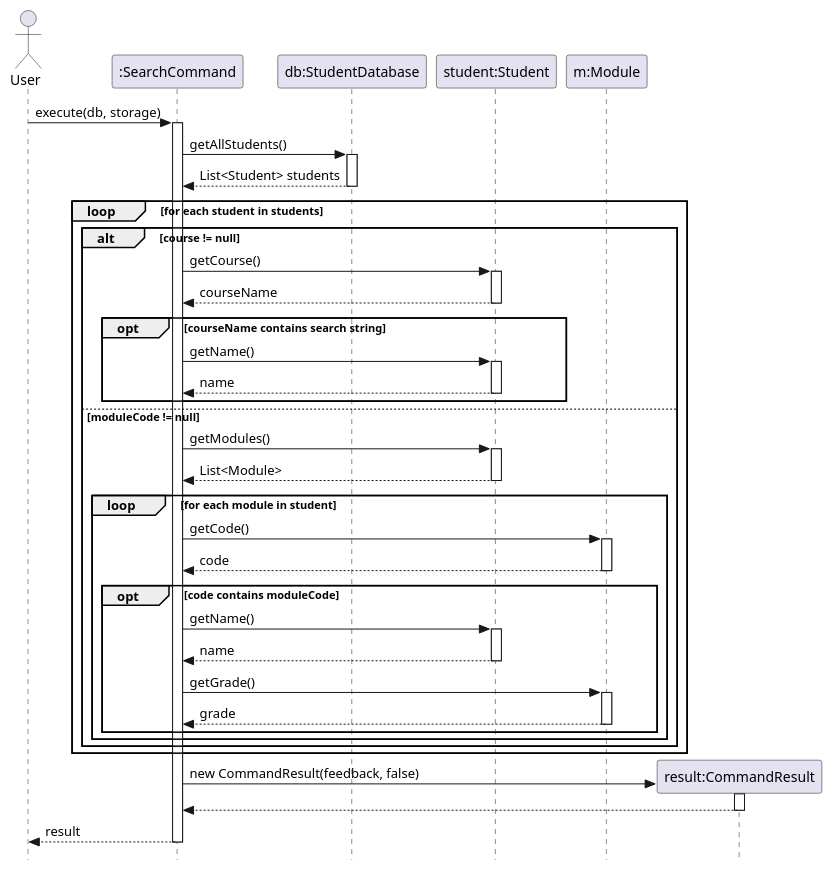
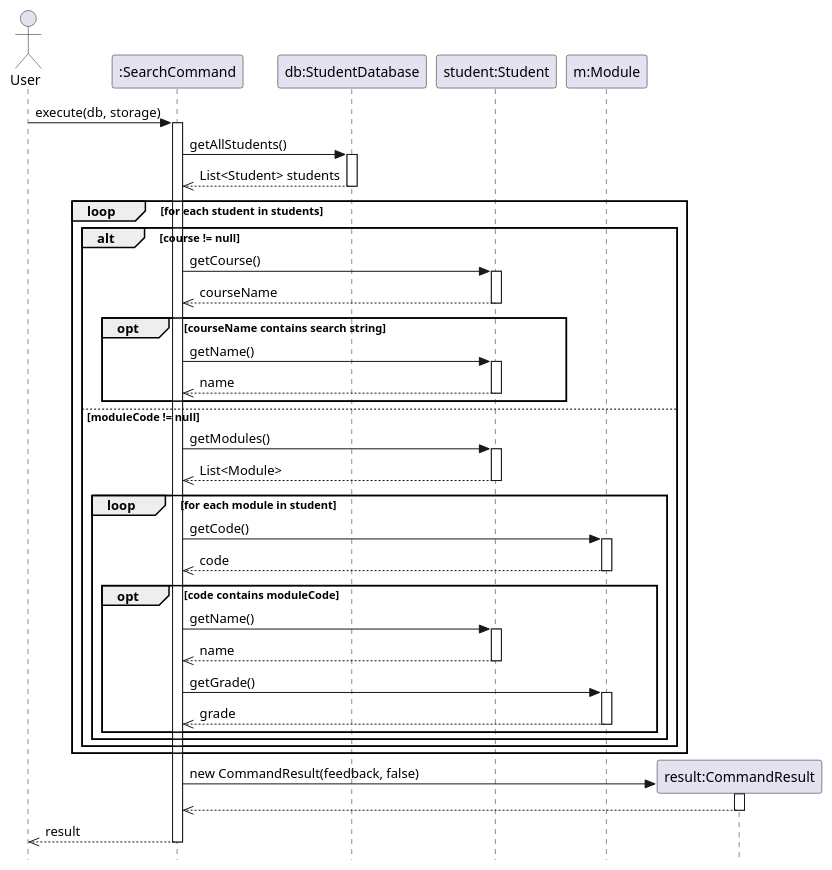
Before and after one commit to AgaraNUS/tp: the diagram in docs/diagrams/SearchCommandSD.puml, drawn with PlantUML. The commit also changed 14 other files, not shown here.

```diff
--- a/docs/diagrams/SearchCommandSD.puml
+++ b/docs/diagrams/SearchCommandSD.puml
@@ -1,68 +1,68 @@
 @startuml
 
 skinparam style strictuml
 
 actor User
 participant ":SearchCommand" as SC
 participant "db:StudentDatabase" as DB
 participant "student:Student" as S
 participant "m:Module" as M
 
 User -> SC : execute(db, storage)
 activate SC
 
 SC -> DB : getAllStudents()
 activate DB
-DB --> SC : List<Student> students
+DB -->> SC : List<Student> students
 deactivate DB
 
 loop for each student in students
     alt course != null
         SC -> S : getCourse()
         activate S
-        S --> SC : courseName
+        S -->> SC : courseName
         deactivate S
 
         opt courseName contains search string
             SC -> S : getName()
             activate S
-            S --> SC : name
+            S -->> SC : name
             deactivate S
         end
 
     else moduleCode != null
         SC -> S : getModules()
         activate S
-        S --> SC : List<Module>
+        S -->> SC : List<Module>
         deactivate S
 
         loop for each module in student
             SC -> M : getCode()
             activate M
-            M --> SC : code
+            M -->> SC : code
             deactivate M
 
             opt code contains moduleCode
                 SC -> S : getName()
                 activate S
-                S --> SC : name
+                S -->> SC : name
                 deactivate S
 
                 SC -> M : getGrade()
                 activate M
-                M --> SC : grade
+                M -->> SC : grade
                 deactivate M
             end
         end
     end
 end
 
 create participant "result:CommandResult" as CR
 SC -> CR : new CommandResult(feedback, false)
 activate CR
-CR --> SC
+CR -->> SC
 deactivate CR
 
-SC --> User : result
+SC -->> User : result
 deactivate SC
 @enduml
```
